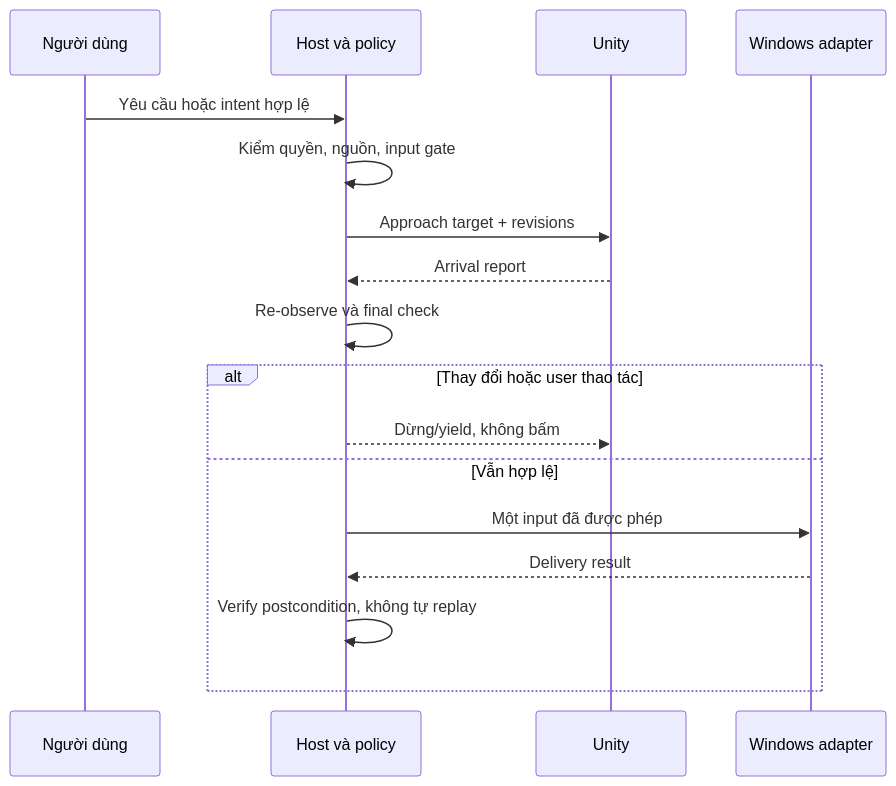
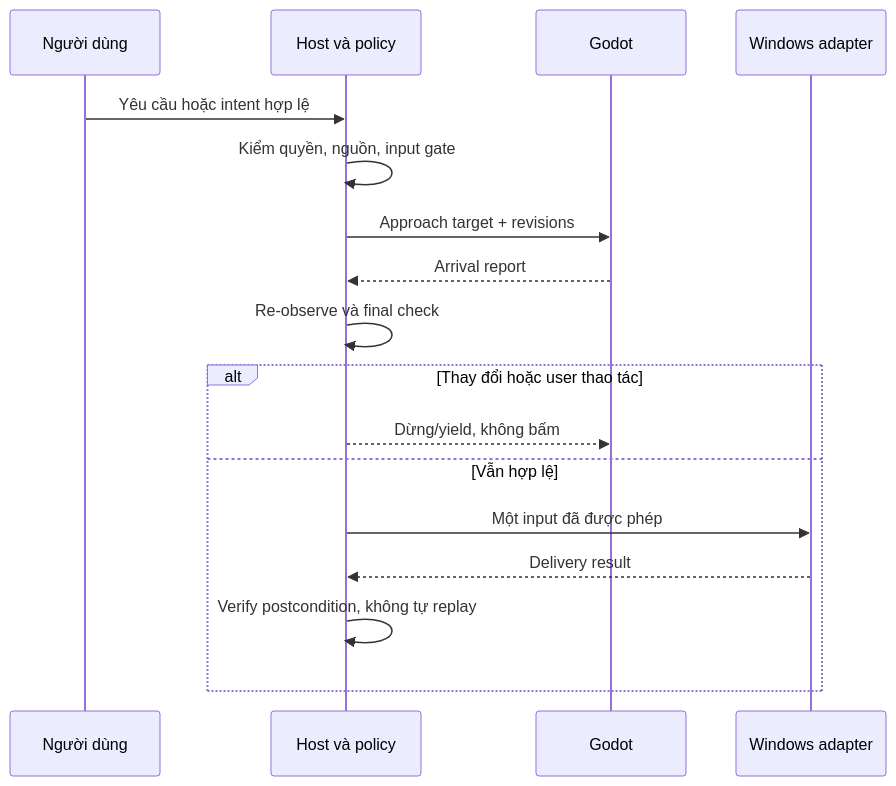
One commit to Play-with-me/NYUA changed the diagram in docs/product/diagrams/05-embodied-action.mmd. Above: the diagram before and after it, drawn with Mermaid. The commit also changed 65 other files, not shown here.

Commit message:
docs: migrate renderer documentation and registry from Unity to Godot Engine

```diff
--- a/docs/product/diagrams/05-embodied-action.mmd
+++ b/docs/product/diagrams/05-embodied-action.mmd
@@ -1,17 +1,17 @@
 sequenceDiagram
  participant User as Người dùng
  participant Host as Host và policy
- participant Body as Unity
+ participant Body as Godot
  participant OS as Windows adapter
  User->>Host: Yêu cầu hoặc intent hợp lệ
  Host->>Host: Kiểm quyền, nguồn, input gate
  Host->>Body: Approach target + revisions
  Body-->>Host: Arrival report
  Host->>Host: Re-observe và final check
  alt Thay đổi hoặc user thao tác
  Host-->>Body: Dừng/yield, không bấm
  else Vẫn hợp lệ
  Host->>OS: Một input đã được phép
  OS-->>Host: Delivery result
  Host->>Host: Verify postcondition, không tự replay
  end
```
